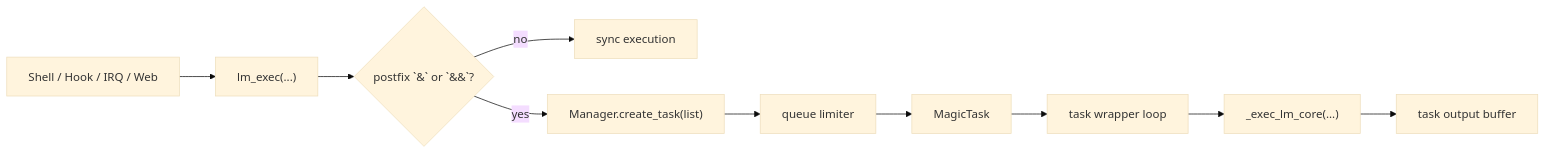
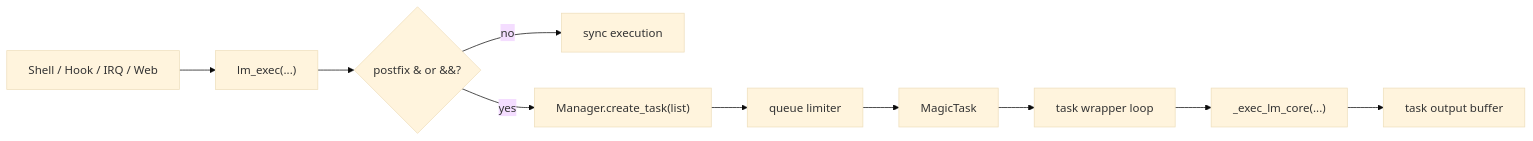
One commit to BxNxM/micrOS changed the sixth of 6 diagrams in micrOS/ARCHITECTURE.md. Above: the diagram before and after it, drawn with Mermaid (base theme). The commit also changed other lines of this file, not shown here.

Commit message:
micrOS/ARCHITECTURE.md UML fix

````diff
--- a/micrOS/ARCHITECTURE.md
+++ b/micrOS/ARCHITECTURE.md
@@ -224,12 +224,12 @@
 ```mermaid
 flowchart LR
     A["Shell / Hook / IRQ / Web"] --> B["lm_exec(...)"]
-    B --> C{"postfix `&` or `&&`?"}
+    B --> C{"postfix & or &&?"}
     C -->|no| D["sync execution"]
     C -->|yes| E["Manager.create_task(list)"]
     E --> F["queue limiter"]
     F --> G["MagicTask"]
     G --> H["task wrapper loop"]
     H --> I["_exec_lm_core(...)"]
     I --> J["task output buffer"]
 ```
````
